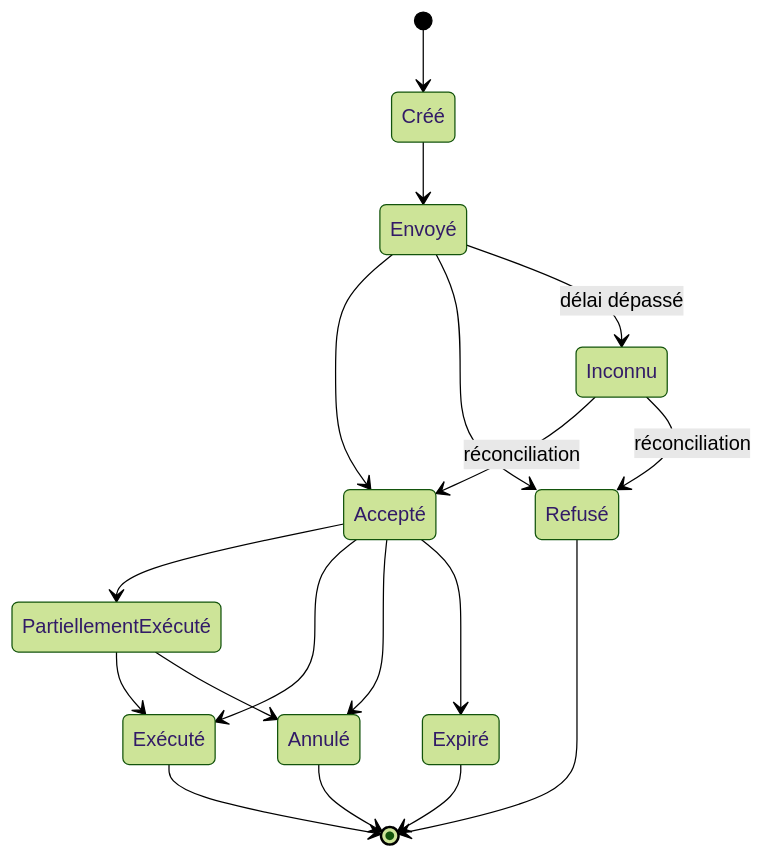
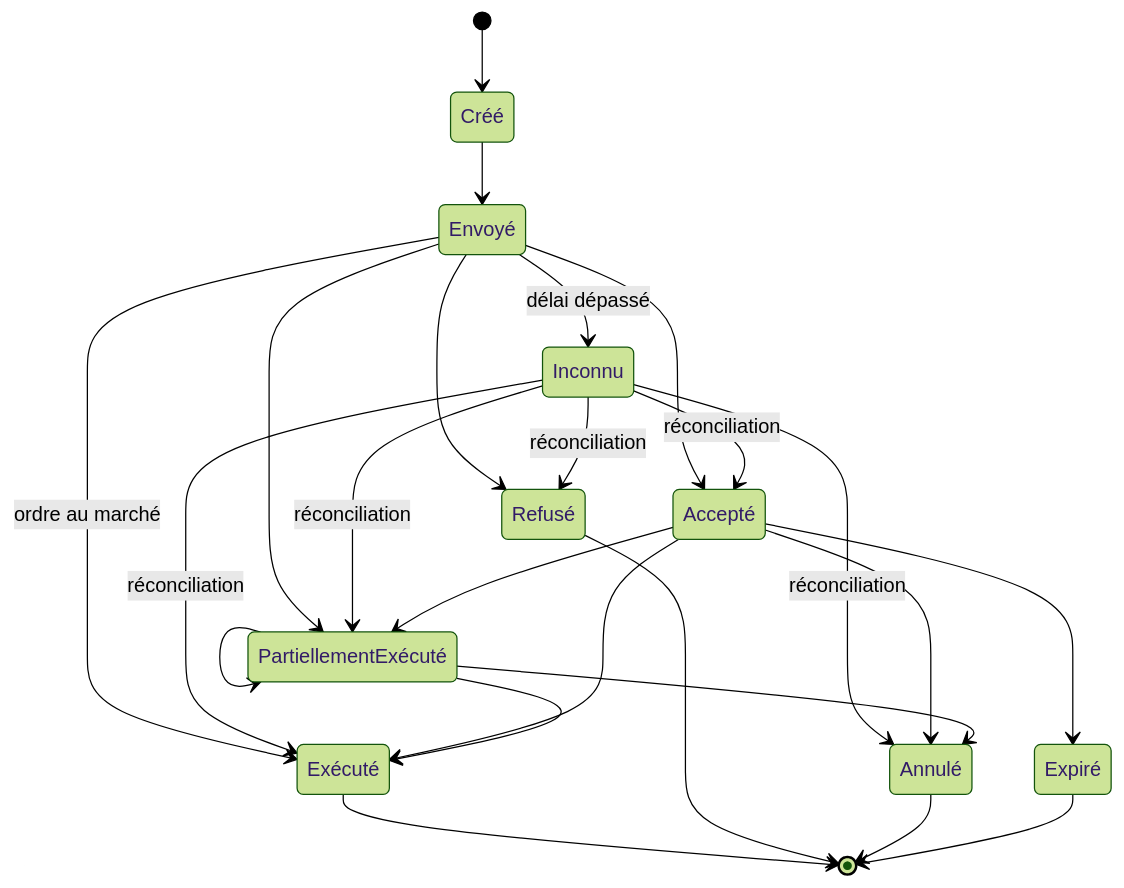
Before and after one commit to Kobr4-7/Kobr4: the fourth of 5 diagrams in docs/ARCHITECTURE.md, drawn with Mermaid (forest theme). The commit also changed other lines of this file and 31 other files, not shown here.

````diff
--- a/docs/ARCHITECTURE.md
+++ b/docs/ARCHITECTURE.md
@@ -200,20 +233,26 @@
 ```mermaid
 stateDiagram-v2
     [*] --> Créé
     Créé --> Envoyé
     Envoyé --> Accepté
     Envoyé --> Refusé
     Envoyé --> Inconnu: délai dépassé
+    Envoyé --> Exécuté: ordre au marché
+    Envoyé --> PartiellementExécuté
     Inconnu --> Accepté: réconciliation
     Inconnu --> Refusé: réconciliation
+    Inconnu --> Exécuté: réconciliation
+    Inconnu --> PartiellementExécuté: réconciliation
+    Inconnu --> Annulé: réconciliation
     Accepté --> PartiellementExécuté
     Accepté --> Exécuté
     Accepté --> Annulé
     Accepté --> Expiré
+    PartiellementExécuté --> PartiellementExécuté
     PartiellementExécuté --> Exécuté
     PartiellementExécuté --> Annulé
     Exécuté --> [*]
     Refusé --> [*]
     Annulé --> [*]
     Expiré --> [*]
 ```
````
